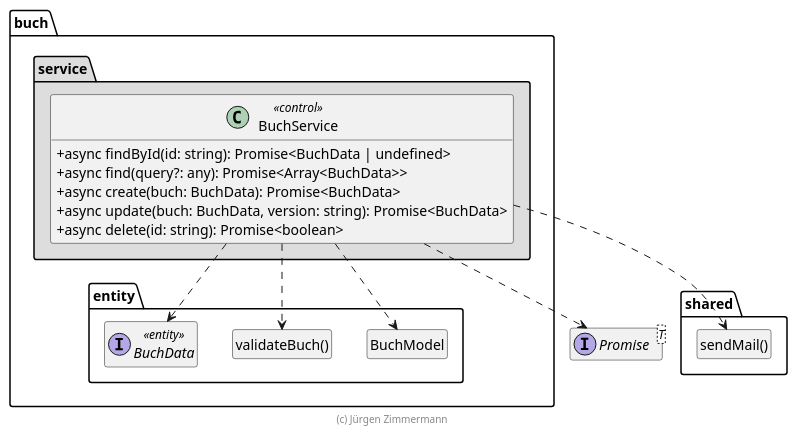
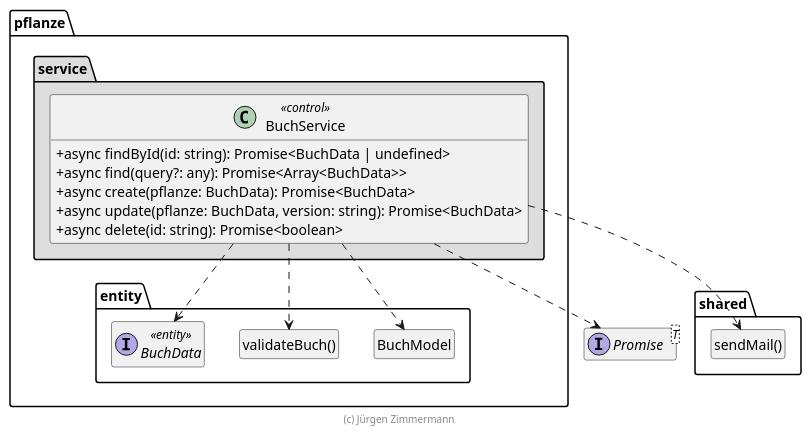
One commit to Lasse0708/plantproject changed the diagram in doc/entwicklerhandbuch/BuchService.puml. Above: the diagram before and after it, drawn with PlantUML. The commit also changed 30 other files, not shown here.

```diff
--- a/doc/entwicklerhandbuch/BuchService.puml
+++ b/doc/entwicklerhandbuch/BuchService.puml
@@ -15,46 +15,46 @@
 @startuml Anwendungskern
 
 !pragma useNewPackage
 skinparam classAttributeIconSize 0
 skinparam componentStyle uml2
 
 interface Promise<T>
 
 package shared {
   class "sendMail()" as sendMail
   hide sendMail circle
 }
 
-package buch {
+package pflanze {
   package entity {
     class BuchModel
     hide BuchModel circle
 
     class "validateBuch()" as validateBuch
     hide validateBuch circle
 
     interface BuchData <<entity>>
   }
 
   package service #DDDDDD {
     BuchService ..> Promise
     BuchService ..> BuchModel
     BuchService ..> BuchData
     BuchService ..> validateBuch
     BuchService ..> sendMail
 
     class BuchService << control >> {
       + async findById(id: string): Promise<BuchData | undefined>
       + async find(query?: any): Promise<Array<BuchData>>
-      + async create(buch: BuchData): Promise<BuchData>
-      + async update(buch: BuchData, version: string): Promise<BuchData>
+      + async create(pflanze: BuchData): Promise<BuchData>
+      + async update(pflanze: BuchData, version: string): Promise<BuchData>
       + async delete(id: string): Promise<boolean>
     }
   }
 }
 
 hide empty members
 
 footer (c) Jürgen Zimmermann
 
 @enduml
```
